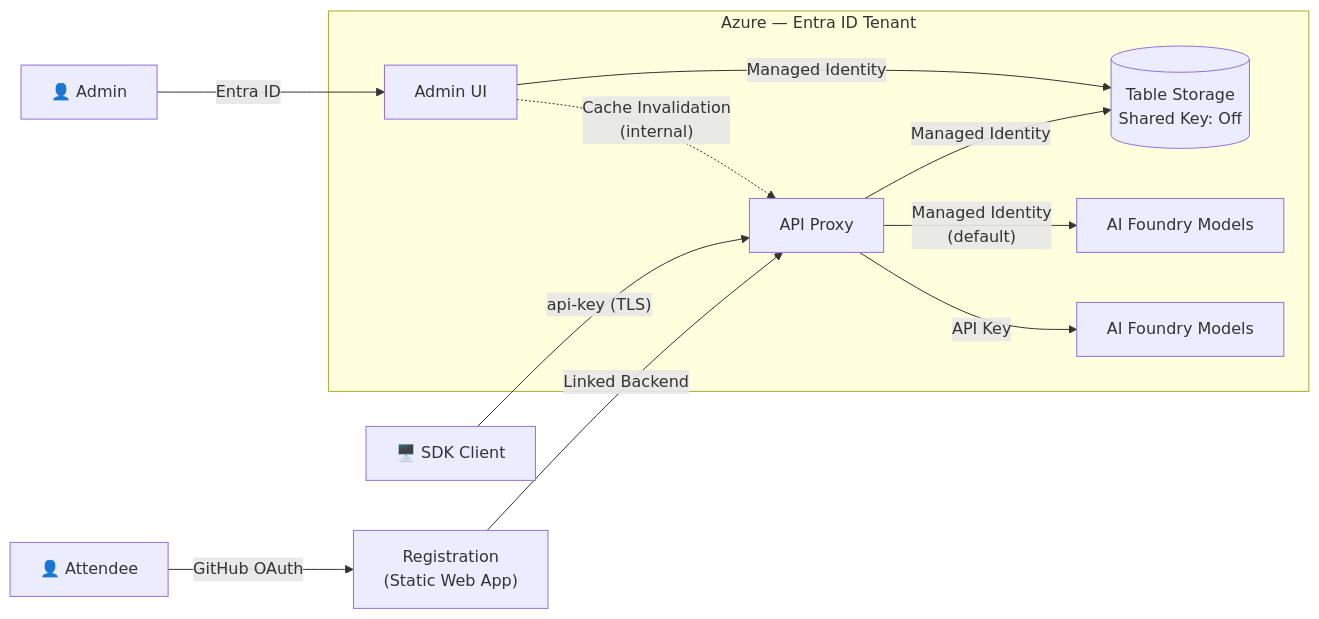
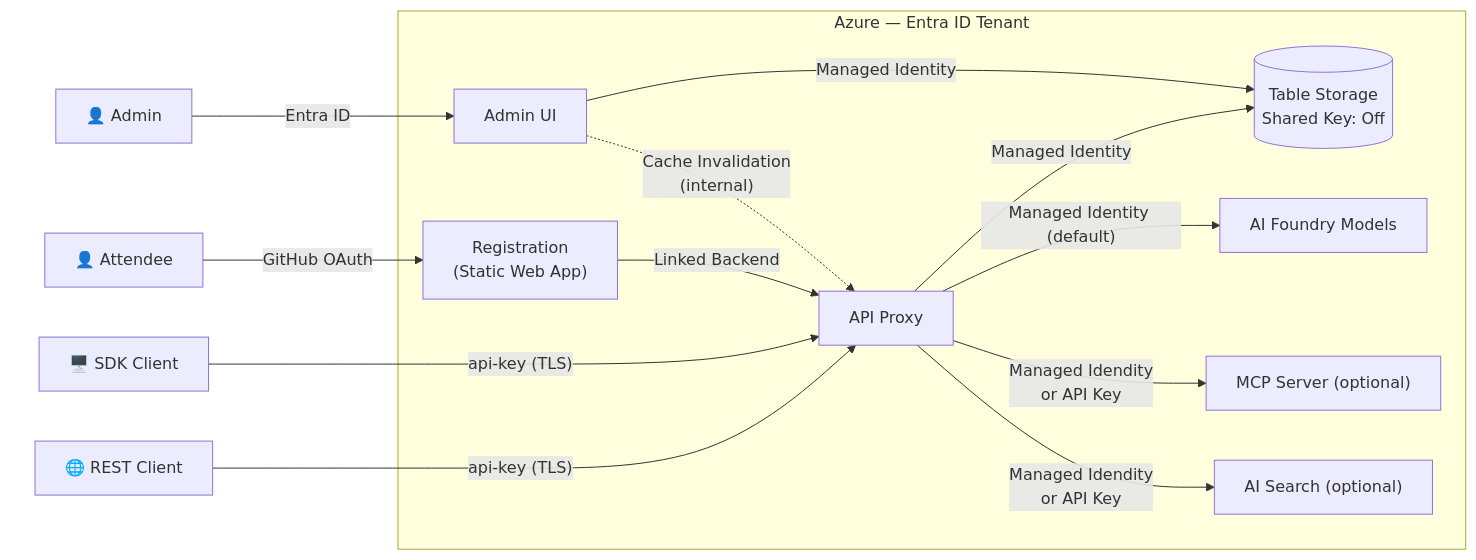
The first of 5 diagrams in docs/docs/security_architecture.md (gloveboxes/azure-ai-proxy-lite), drawn with Mermaid before and after one commit.

Commit message:
Refactor security architecture diagram to enhance clarity and include additional user roles

````diff
--- a/docs/docs/security_architecture.md
+++ b/docs/docs/security_architecture.md
@@ -7,21 +7,34 @@
 ```mermaid
 graph LR
-    attendee["👤 Attendee"] -->|"GitHub OAuth"| reg["Registration<br/>(Static Web App)"]
-    sdk["🖥️ SDK Client"] -->|"api-key (TLS)"| proxy
-    reg -->|"Linked Backend"| proxy
-    admin_user["👤 Admin"] -->|"Entra ID"| admin
+    subgraph Users[" "]
+        admin_user["👤 Admin"]
+        attendee["👤 Attendee"]
+        sdk["🖥️ SDK Client"]
+        rest["🌐 REST Client"]
+    end
+
+    admin_user -->|"Entra ID"| admin
+    sdk -->|"api-key (TLS)"| proxy
+    rest -->|"api-key (TLS)"| proxy
+    attendee -->|"GitHub OAuth"| reg
 
     subgraph Azure["Azure — Entra ID Tenant"]
+        admin["Admin UI"]
         proxy["API Proxy"]
-        admin["Admin UI"]
+        reg["Registration<br/>(Static Web App)"]
         storage[("Table Storage<br/>Shared Key: Off")]
         ai["AI Foundry Models"]
-        key["AI Foundry Models"]
+        mcp["MCP Server (optional)"]
+        ais["AI Search (optional)"]
     end
 
+    reg -->|"Linked Backend"| proxy
     proxy -->|"Managed Identity"| storage
-    proxy -->|"Managed Identity<br/>(default)"| ai
-    proxy -->|"API Key"| key
+    proxy -->|"Managed Identity (default)"| ai
+    proxy -->|"Managed Idendity<br>or API Key"| mcp
+    proxy -->|"Managed Idendity<br>or API Key"| ais
     admin -->|"Managed Identity"| storage
     admin -.->|"Cache Invalidation<br/>(internal)"| proxy
+
+    style Users fill:none,stroke:none
 ```
````
